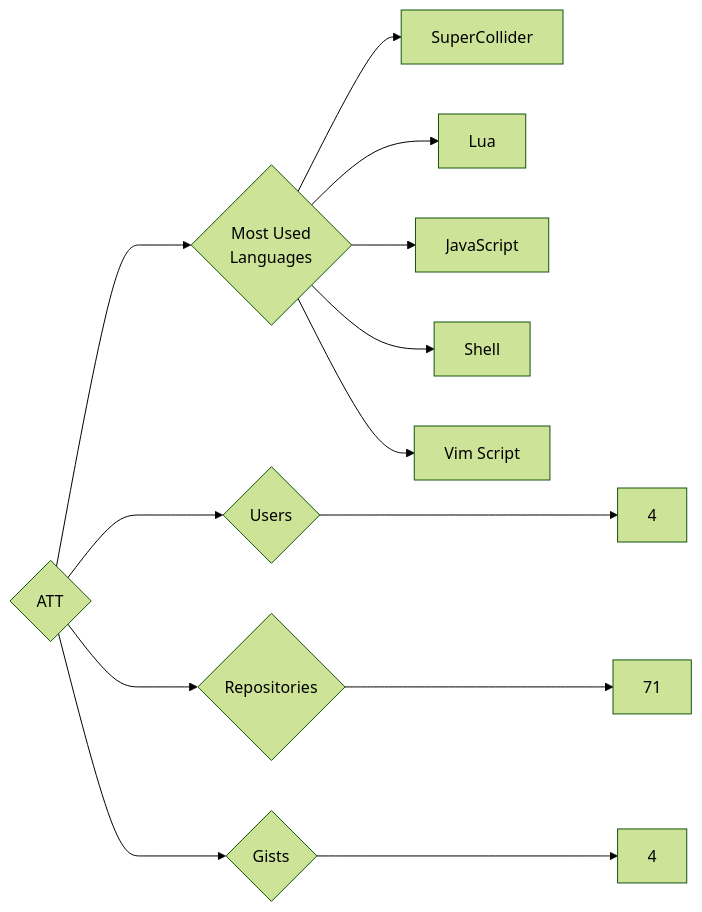
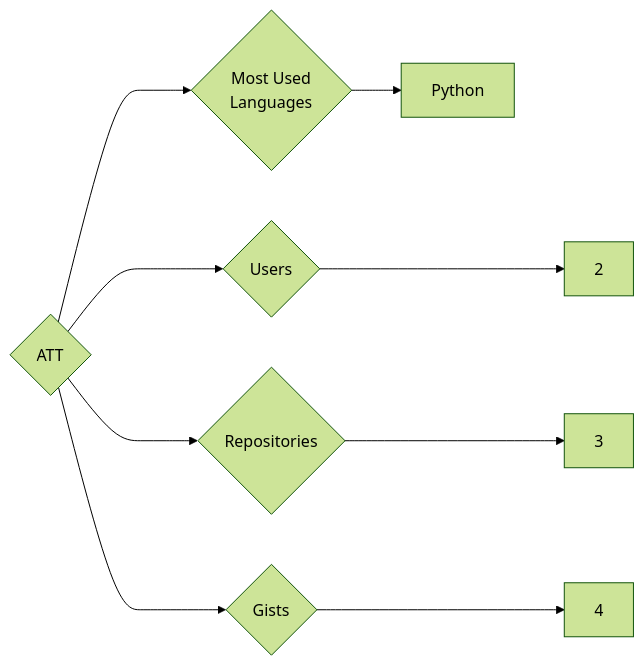
One commit to trickest/insiders changed the diagram in targets/ATT/README.md. Above: the diagram before and after it, drawn with Mermaid (forest theme). The commit also changed 1166 other files, not shown here.

````diff
--- a/targets/ATT/README.md
+++ b/targets/ATT/README.md
@@ -3,13 +3,9 @@
 ```mermaid
 graph LR
 COMPANY_NAME{ATT}
-COMPANY_NAME ---> U{Users} ---> UN[4]
-COMPANY_NAME ---> R{Repositories} ---> RN[71]
+COMPANY_NAME ---> U{Users} ---> UN[2]
+COMPANY_NAME ---> R{Repositories} ---> RN[3]
 COMPANY_NAME ---> G{Gists} ---> GN[4]
 COMPANY_NAME ---> ML{Most Used<br>Languages}
-ML --> SuperCollider[SuperCollider]
-ML --> Lua[Lua]
-ML --> JavaScript[JavaScript]
-ML --> Shell[Shell]
-ML --> Vim_Script[Vim Script]
+ML --> Python[Python]
 ```
````
